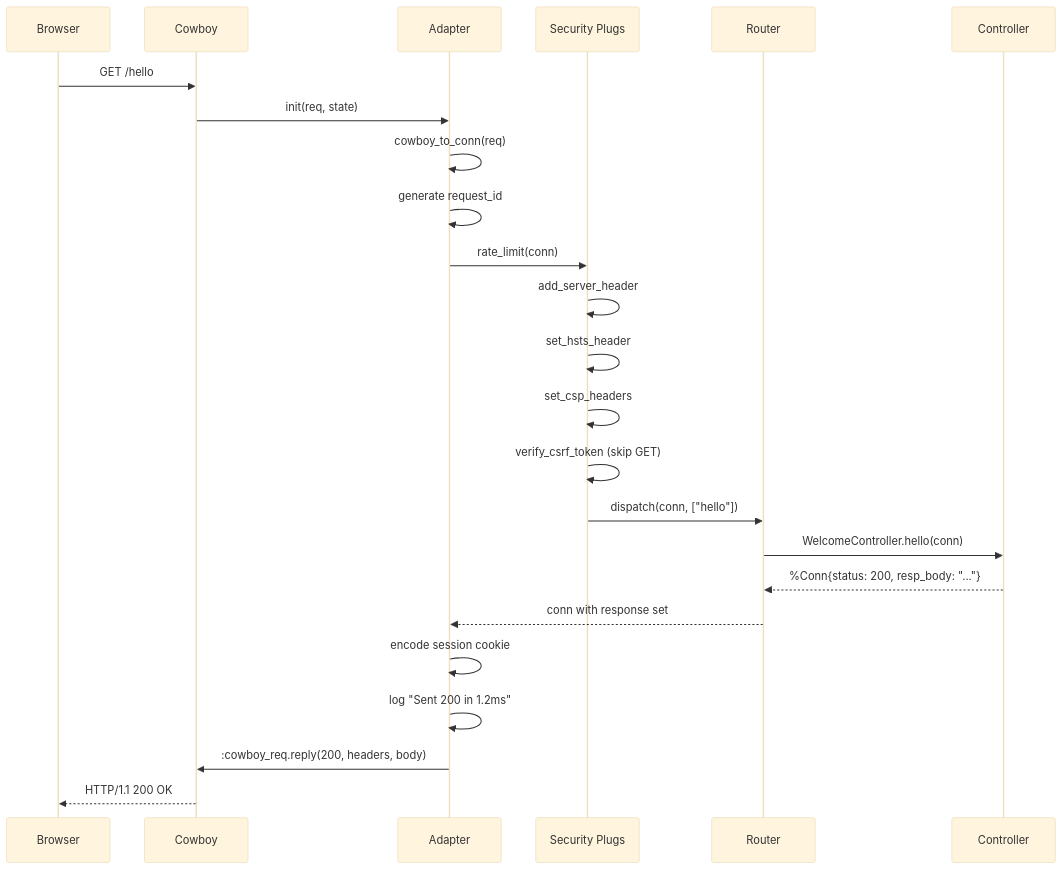
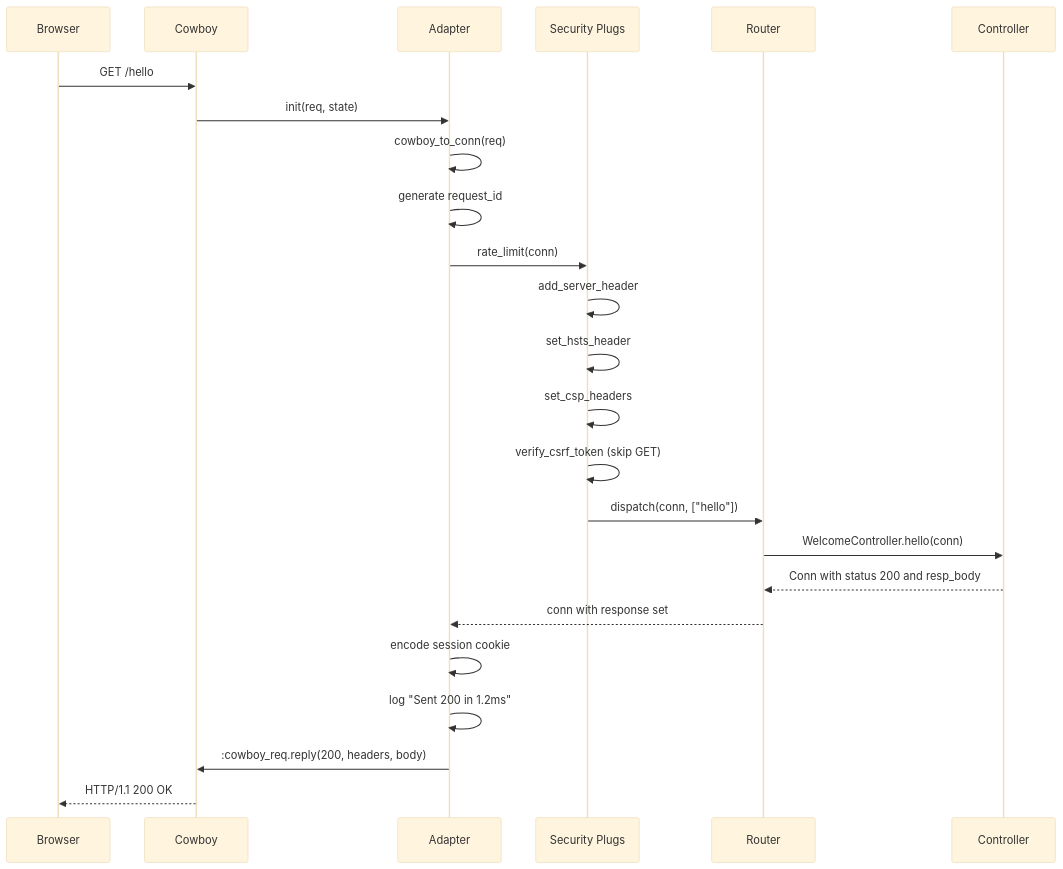
Before and after one commit to rajeshpillai/elixir-byowf: the diagram in course/flows/http-request-lifecycle.md, drawn with Mermaid (base theme). The commit also changed 16 other files, not shown here.

First line of the commit message:
Fix Mermaid v11 syntax errors in course diagrams

````diff
--- a/course/flows/http-request-lifecycle.md
+++ b/course/flows/http-request-lifecycle.md
@@ -114,27 +114,27 @@
 ```mermaid
 sequenceDiagram
     participant B as Browser
     participant C as Cowboy
     participant A as Adapter
     participant S as Security Plugs
     participant R as Router
     participant Ctrl as Controller
 
     B->>C: GET /hello
     C->>A: init(req, state)
     A->>A: cowboy_to_conn(req)
     A->>A: generate request_id
     A->>S: rate_limit(conn)
     S->>S: add_server_header
     S->>S: set_hsts_header
     S->>S: set_csp_headers
     S->>S: verify_csrf_token (skip GET)
     S->>R: dispatch(conn, ["hello"])
     R->>Ctrl: WelcomeController.hello(conn)
-    Ctrl-->>R: %Conn{status: 200, resp_body: "..."}
+    Ctrl-->>R: Conn with status 200 and resp_body
     R-->>A: conn with response set
     A->>A: encode session cookie
     A->>A: log "Sent 200 in 1.2ms"
     A->>C: :cowboy_req.reply(200, headers, body)
     C-->>B: HTTP/1.1 200 OK
 ```
````
